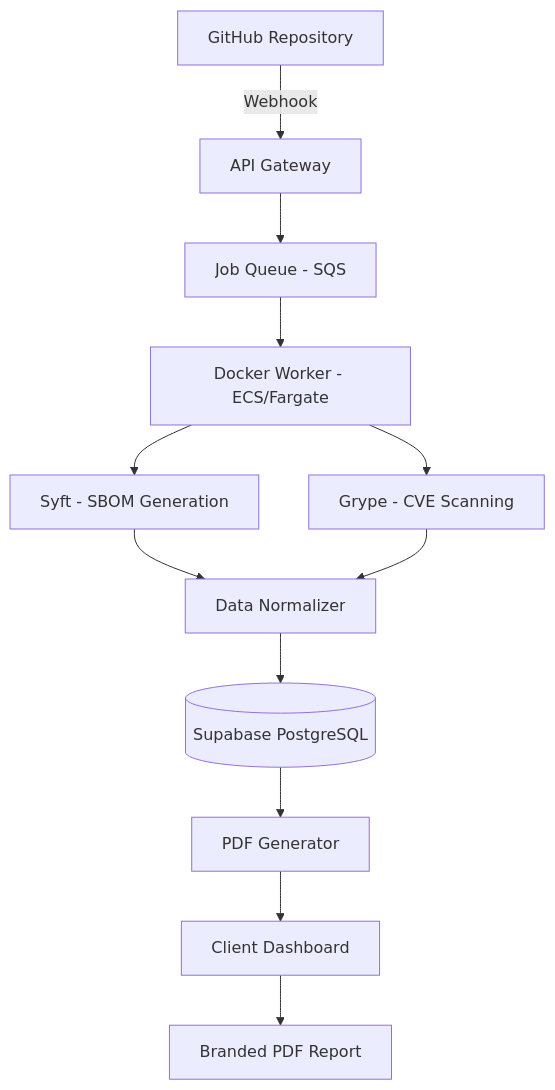
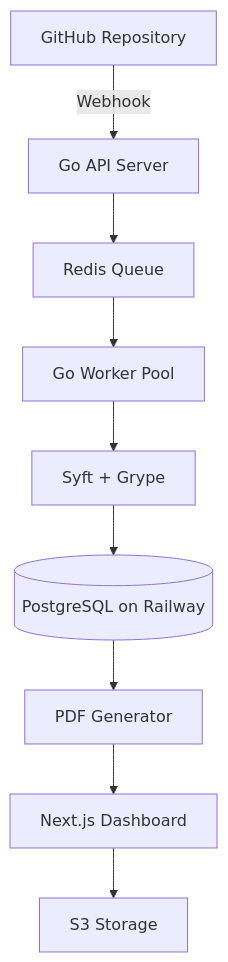
Before and after one commit to straumandi/reguladocs: the second of 2 diagrams in docs/Development-Plan.md, drawn with Mermaid. The commit also changed other lines of this file and 2 other files, not shown here.

Commit message:
feat: Shift project to a Go-based CLI-first approach, updating prerequisites, installation, tech stack, and development roadmap.

````diff
--- a/docs/Development-Plan.md
+++ b/docs/Development-Plan.md
@@ -34,15 +59,11 @@
 ```mermaid
 graph TB
-    A[GitHub Repository] -->|Webhook| B[API Gateway]
-
-    B --> C[Job Queue - SQS]
-    C --> D[Docker Worker - ECS/Fargate]
-    D --> E1[Syft - SBOM Generation]
-    D --> E2[Grype - CVE Scanning]
-    E1 --> F[Data Normalizer]
-    E2 --> F
-    F --> G[(Supabase PostgreSQL)]
-    G --> H[PDF Generator]
-    H --> I[Client Dashboard]
-    I --> J[Branded PDF Report]
+    A[GitHub Repository] -->|Webhook| B[Go API Server]
+    B --> C[Redis Queue]
+    C --> D[Go Worker Pool]
+    D --> E[Syft + Grype]
+    E --> F[(PostgreSQL on Railway)]
+    F --> G[PDF Generator]
+    G --> H[Next.js Dashboard]
+    H --> I[S3 Storage]
 ```
````
